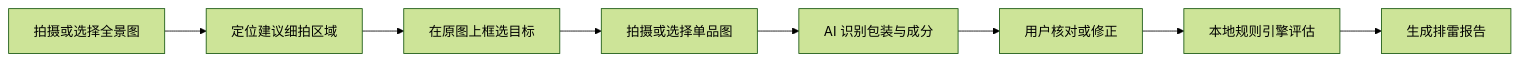
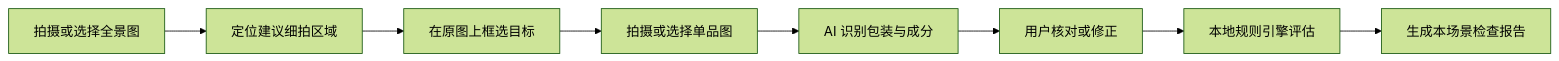
The first of 2 diagrams in README.md (gsj1225/household-chemical-safety), drawn with Mermaid (forest theme) before and after one commit. The commit also changed other lines of this file and 100 other files, not shown here.

````diff
--- a/README.md
+++ b/README.md
@@ -22,10 +53,10 @@
 ```mermaid
 flowchart LR
     A[拍摄或选择全景图] --> B[定位建议细拍区域]
     B --> C[在原图上框选目标]
     C --> D[拍摄或选择单品图]
     D --> E[AI 识别包装与成分]
     E --> F[用户核对或修正]
     F --> G[本地规则引擎评估]
-    G --> H[生成排雷报告]
+    G --> H[生成本场景检查报告]
 ```
````
